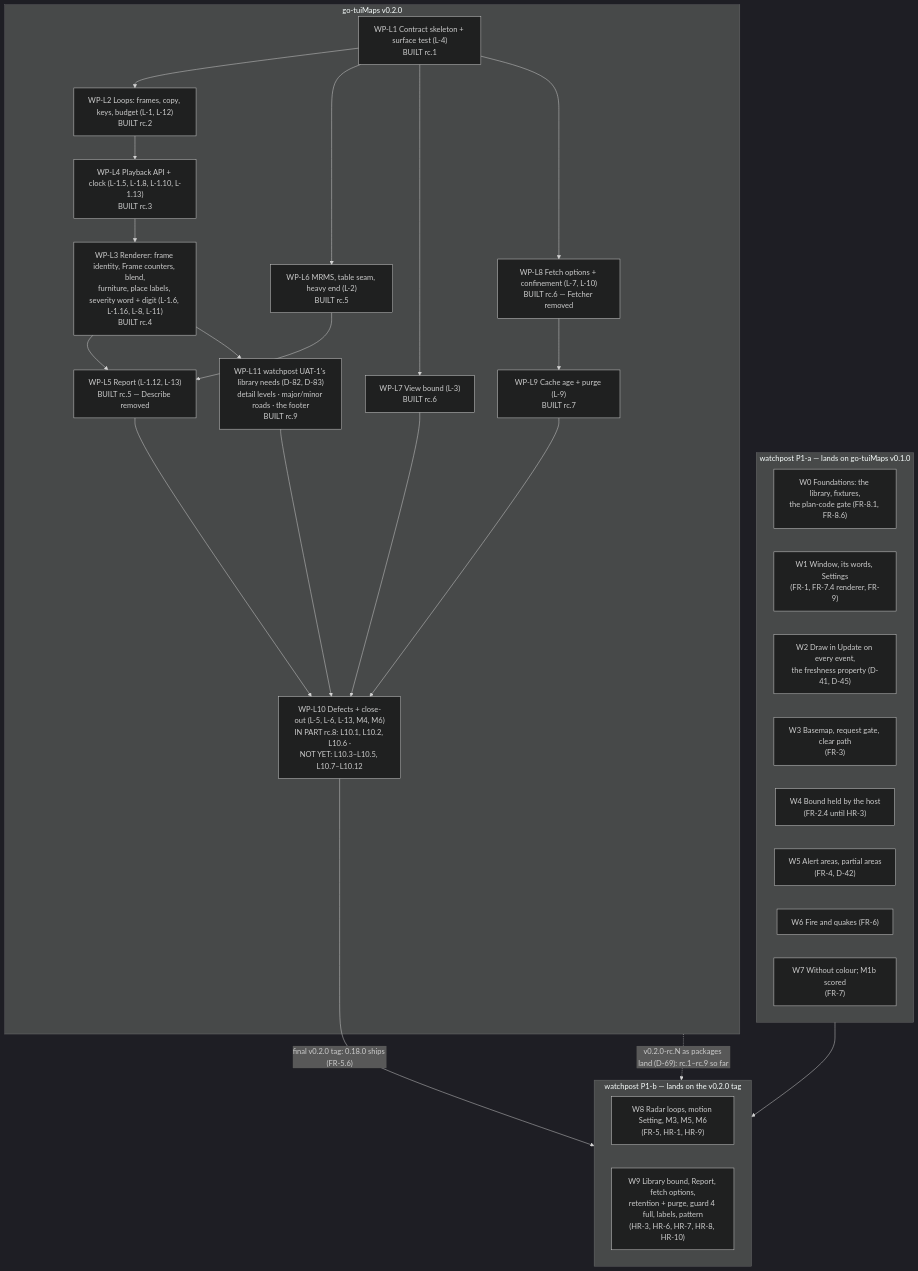
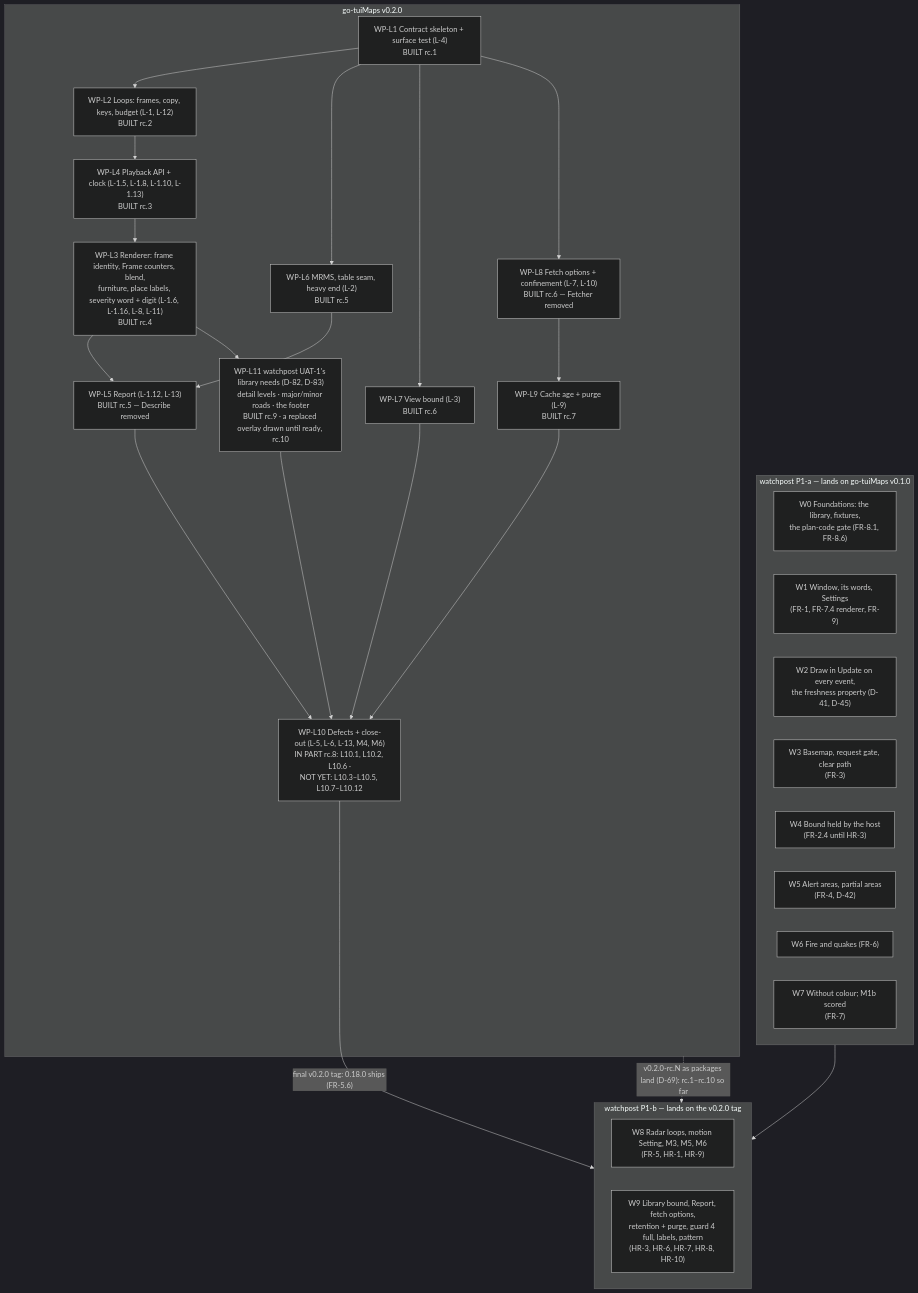
One commit to branden-thompson/go-tuimaps changed the diagram in 06_docs/02_features/radar-loops/03-architecture-design/integration-map.md. Above: the diagram before and after it, drawn with Mermaid (dark theme). The commit also changed 9 other files, not shown here.

First line of the commit message:
L11.5: a replaced overlay is drawn as it was until its replacement is ready

````diff
--- a/06_docs/02_features/radar-loops/03-architecture-design/integration-map.md
+++ b/06_docs/02_features/radar-loops/03-architecture-design/integration-map.md
@@ -21,41 +21,41 @@
 ```mermaid
 flowchart TB
   subgraph WP1["watchpost P1-a — lands on go-tuiMaps v0.1.0"]
     W0["W0 Foundations: the library, fixtures,<br/>the plan-code gate (FR-8.1, FR-8.6)"]
     W1["W1 Window, its words, Settings<br/>(FR-1, FR-7.4 renderer, FR-9)"]
     W2["W2 Draw in Update on every event,<br/>the freshness property (D-41, D-45)"]
     W3["W3 Basemap, request gate, clear path<br/>(FR-3)"]
     W4["W4 Bound held by the host<br/>(FR-2.4 until HR-3)"]
     W5["W5 Alert areas, partial areas<br/>(FR-4, D-42)"]
     W6["W6 Fire and quakes (FR-6)"]
     W7["W7 Without colour; M1b scored<br/>(FR-7)"]
   end
   subgraph LIB["go-tuiMaps v0.2.0"]
     WPL1["WP-L1 Contract skeleton + surface test (L-4)<br/>BUILT rc.1"]
     WPL2["WP-L2 Loops: frames, copy, keys, budget (L-1, L-12)<br/>BUILT rc.2"]
     WPL4["WP-L4 Playback API + clock (L-1.5, L-1.8, L-1.10, L-1.13)<br/>BUILT rc.3"]
     WPL3["WP-L3 Renderer: frame identity, Frame counters, blend,<br/>furniture, place labels, severity word + digit (L-1.6, L-1.16, L-8, L-11)<br/>BUILT rc.4"]
     WPL5["WP-L5 Report (L-1.12, L-13)<br/>BUILT rc.5 — Describe removed"]
     WPL6["WP-L6 MRMS, table seam, heavy end (L-2)<br/>BUILT rc.5"]
     WPL7["WP-L7 View bound (L-3)<br/>BUILT rc.6"]
     WPL8["WP-L8 Fetch options + confinement (L-7, L-10)<br/>BUILT rc.6 — Fetcher removed"]
     WPL9["WP-L9 Cache age + purge (L-9)<br/>BUILT rc.7"]
     WPL10["WP-L10 Defects + close-out (L-5, L-6, L-13, M4, M6)<br/>IN PART rc.8: L10.1, L10.2, L10.6 ·<br/>NOT YET: L10.3–L10.5, L10.7–L10.12"]
-    WPL11["WP-L11 watchpost UAT-1's library needs (D-82, D-83)<br/>detail levels · major/minor roads · the footer<br/>BUILT rc.9"]
+    WPL11["WP-L11 watchpost UAT-1's library needs (D-82, D-83)<br/>detail levels · major/minor roads · the footer<br/>BUILT rc.9 · a replaced overlay drawn until ready, rc.10"]
     WPL1 --> WPL2 --> WPL4 --> WPL3 --> WPL5
     WPL1 --> WPL6 --> WPL5
     WPL1 --> WPL7
     WPL1 --> WPL8 --> WPL9
     WPL5 --> WPL10
     WPL7 --> WPL10
     WPL9 --> WPL10
     WPL3 --> WPL11 --> WPL10
   end
   subgraph WP2["watchpost P1-b — lands on the v0.2.0 tag"]
     W8["W8 Radar loops, motion Setting, M3, M5, M6<br/>(FR-5, HR-1, HR-9)"]
     W9["W9 Library bound, Report, fetch options,<br/>retention + purge, guard 4 full, labels, pattern<br/>(HR-3, HR-6, HR-7, HR-8, HR-10)"]
   end
   WP1 --> WP2
   WPL10 -->|"final v0.2.0 tag: 0.18.0 ships (FR-5.6)"| WP2
-  LIB -.->|"v0.2.0-rc.N as packages land (D-69): rc.1–rc.9 so far"| WP2
+  LIB -.->|"v0.2.0-rc.N as packages land (D-69): rc.1–rc.10 so far"| WP2
 ```
````
